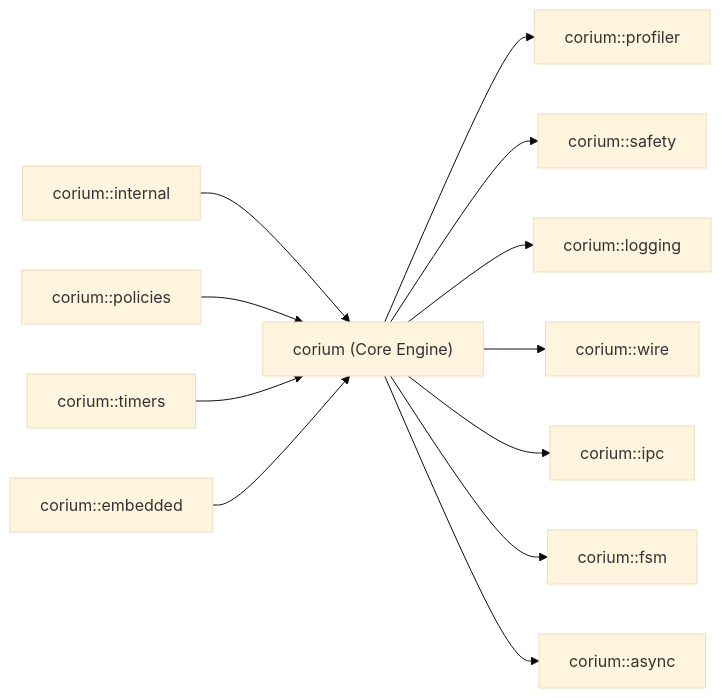
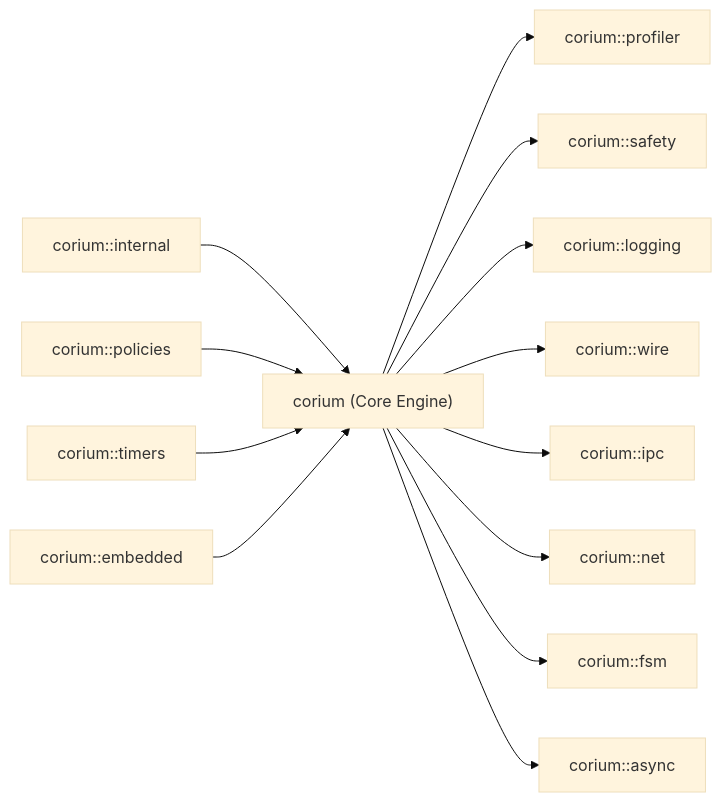
Before and after one commit to simoneCavalleri/corium: the second of 2 diagrams in docs/ARCHITECTURE.md, drawn with Mermaid (base theme). The commit also changed other lines of this file and 4 other files, not shown here.

````diff
--- a/docs/ARCHITECTURE.md
+++ b/docs/ARCHITECTURE.md
@@ -119,27 +136,29 @@
 ```mermaid
 flowchart LR
     internal["corium::internal"]
     policies["corium::policies"]
     timers["corium::timers"]
     embedded["corium::embedded"]
     core["corium (Core Engine)"]
     profiler["corium::profiler"]
     safety["corium::safety"]
     logging["corium::logging"]
     wire["corium::wire"]
     ipc["corium::ipc"]
+    net["corium::net"]
     fsm["corium::fsm"]
     async["corium::async"]
 
     internal --> core
     policies --> core
     timers --> core
     embedded --> core
     core --> profiler
     core --> safety
     core --> logging
     core --> wire
     core --> ipc
+    core --> net
     core --> fsm
     core --> async
 ```
````
